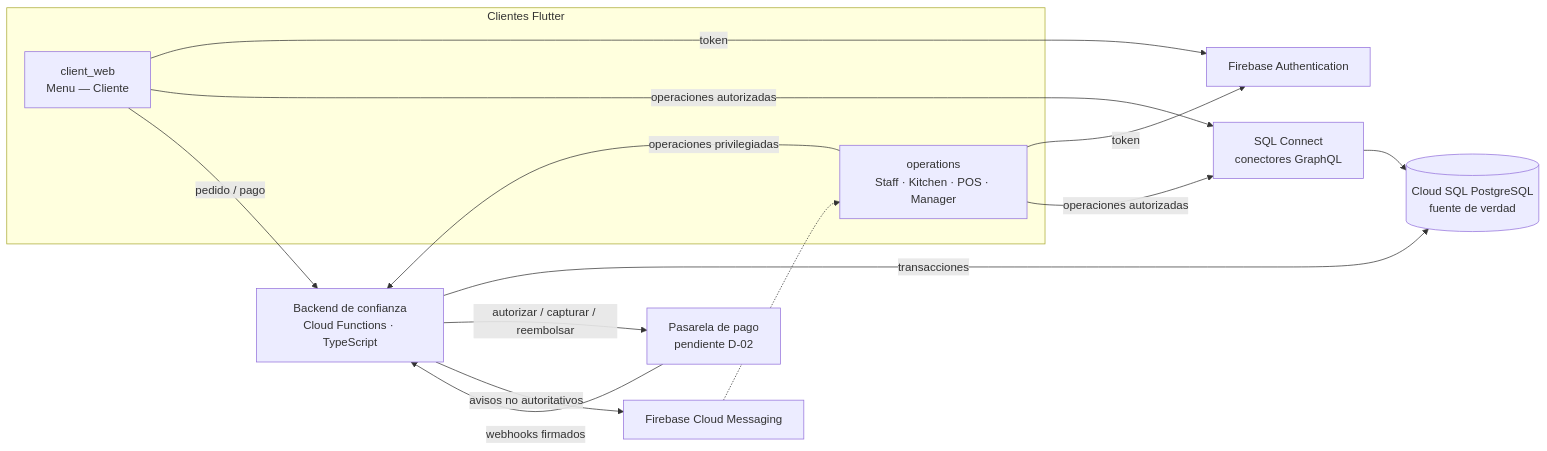
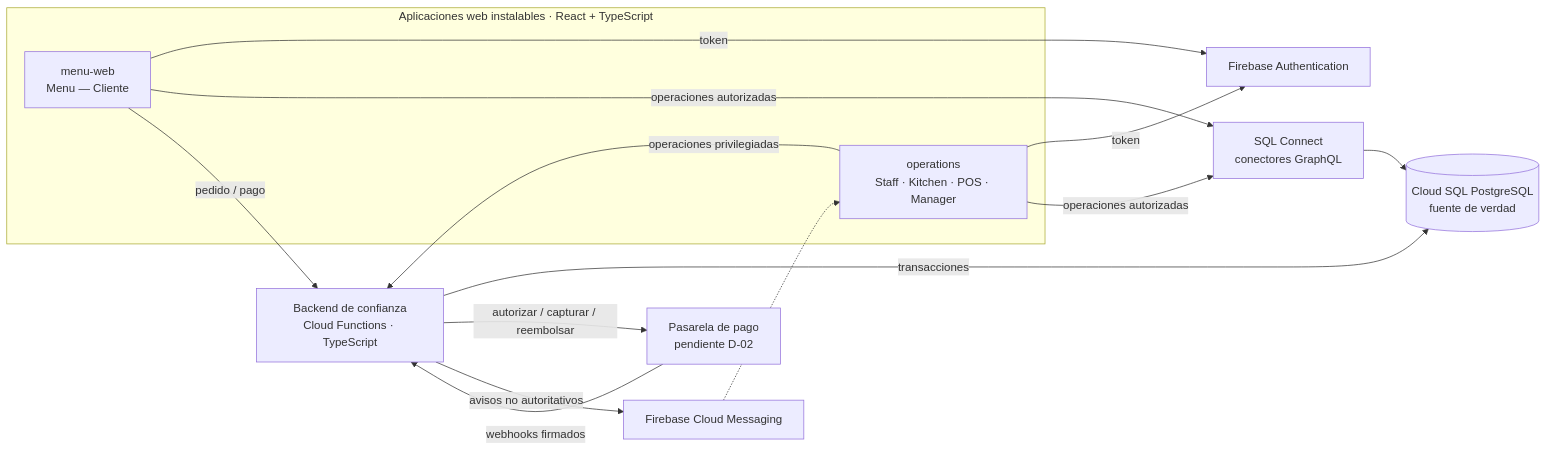
Before and after one commit to yuliniri200712-bit/Tavelyo: the first of 2 diagrams in docs/architecture/overview.md, drawn with Mermaid. The commit also changed other lines of this file and 19 other files, not shown here.

First line of the commit message:
docs: cambio de plataforma a web instalable (PWA) con React, Vite y TypeScript

````diff
--- a/docs/architecture/overview.md
+++ b/docs/architecture/overview.md
@@ -7,26 +7,26 @@
 ```mermaid
 flowchart LR
-  subgraph Clientes Flutter
-    MW[client_web<br/>Menu — Cliente]
+  subgraph PWA[Aplicaciones web instalables · React + TypeScript]
+    MW[menu-web<br/>Menu — Cliente]
     OP[operations<br/>Staff · Kitchen · POS · Manager]
   end
   AUTH[Firebase Authentication]
   SC[SQL Connect<br/>conectores GraphQL]
   BE[Backend de confianza<br/>Cloud Functions · TypeScript]
   PG[(Cloud SQL PostgreSQL<br/>fuente de verdad)]
   PSP[Pasarela de pago<br/>pendiente D-02]
   FCM[Firebase Cloud Messaging]
 
   MW -- token --> AUTH
   OP -- token --> AUTH
   MW -- operaciones autorizadas --> SC
   OP -- operaciones autorizadas --> SC
   MW -- pedido / pago --> BE
   OP -- operaciones privilegiadas --> BE
   SC --> PG
   BE -- transacciones --> PG
   BE -- autorizar / capturar / reembolsar --> PSP
   PSP -- webhooks firmados --> BE
   BE -- avisos no autoritativos --> FCM
   FCM -.-> OP
 ```
````
